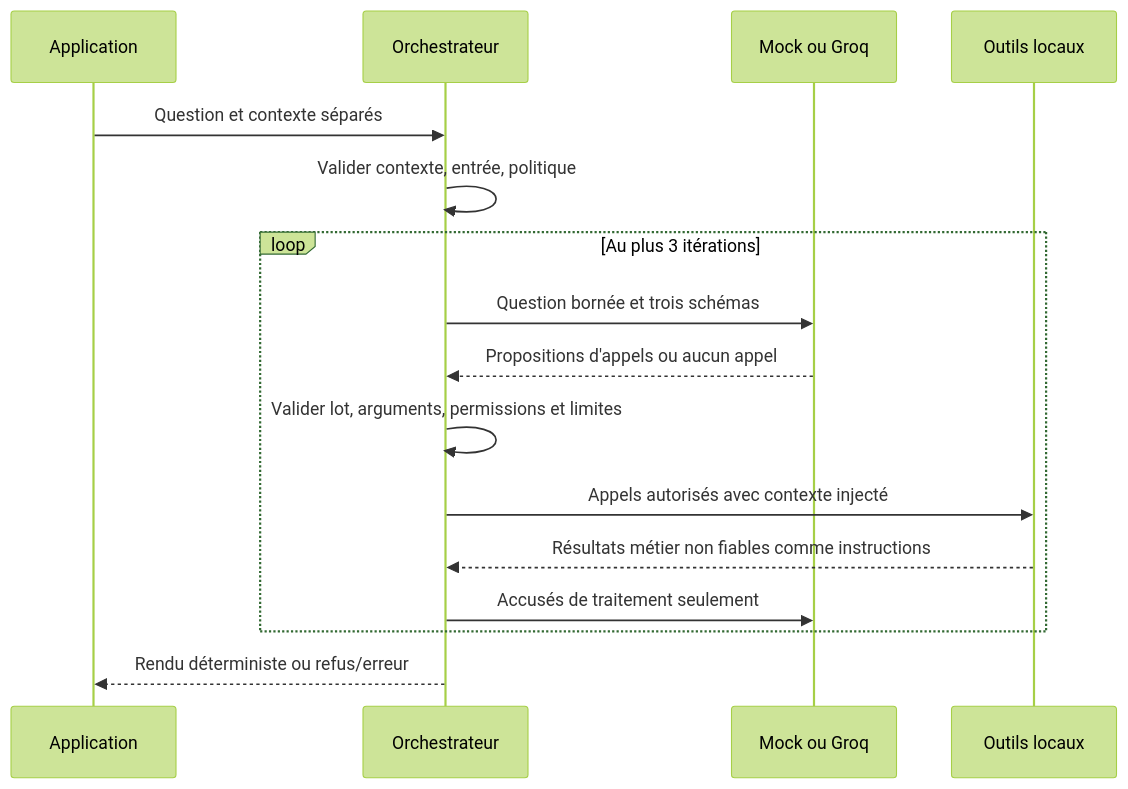
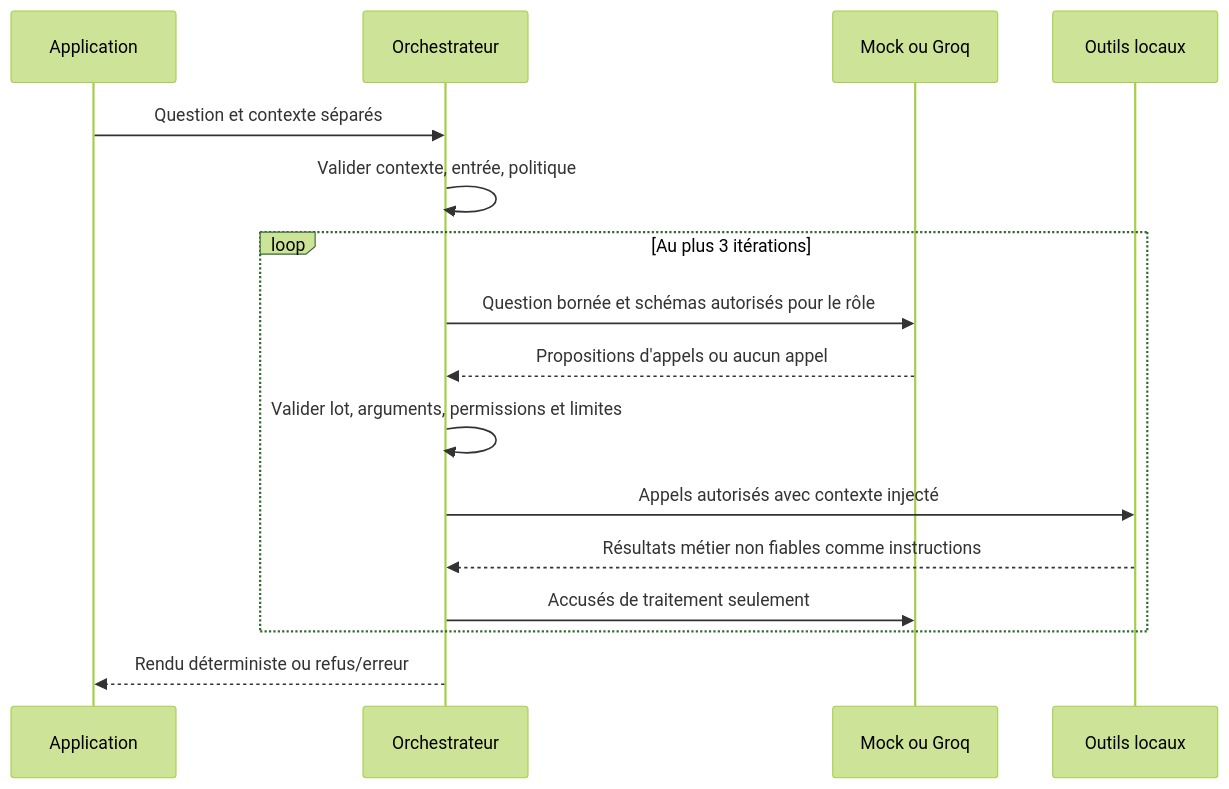
The diagram in docs/agent.md (Meryem-data-science/CommercePilot-AI-), drawn with Mermaid (forest theme) before and after one commit. The commit also changed other lines of this file and 10 other files, not shown here.

````diff
--- a/docs/agent.md
+++ b/docs/agent.md
@@ -24,18 +24,18 @@
 ```mermaid
 sequenceDiagram
     participant A as Application
     participant O as Orchestrateur
     participant L as Mock ou Groq
     participant T as Outils locaux
     A->>O: Question et contexte séparés
     O->>O: Valider contexte, entrée, politique
     loop Au plus 3 itérations
-        O->>L: Question bornée et trois schémas
+        O->>L: Question bornée et schémas autorisés pour le rôle
         L-->>O: Propositions d'appels ou aucun appel
         O->>O: Valider lot, arguments, permissions et limites
         O->>T: Appels autorisés avec contexte injecté
         T-->>O: Résultats métier non fiables comme instructions
         O->>L: Accusés de traitement seulement
     end
     O-->>A: Rendu déterministe ou refus/erreur
 ```
````
